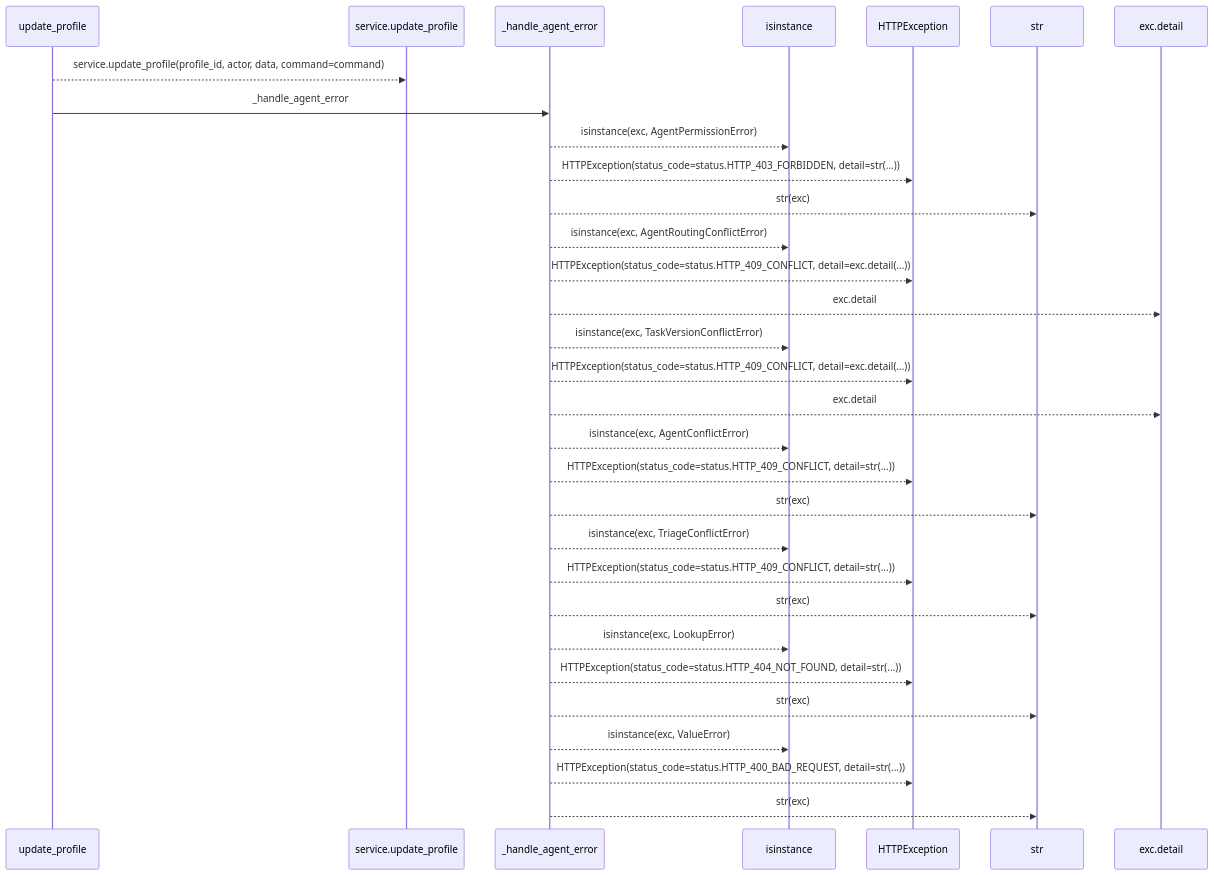
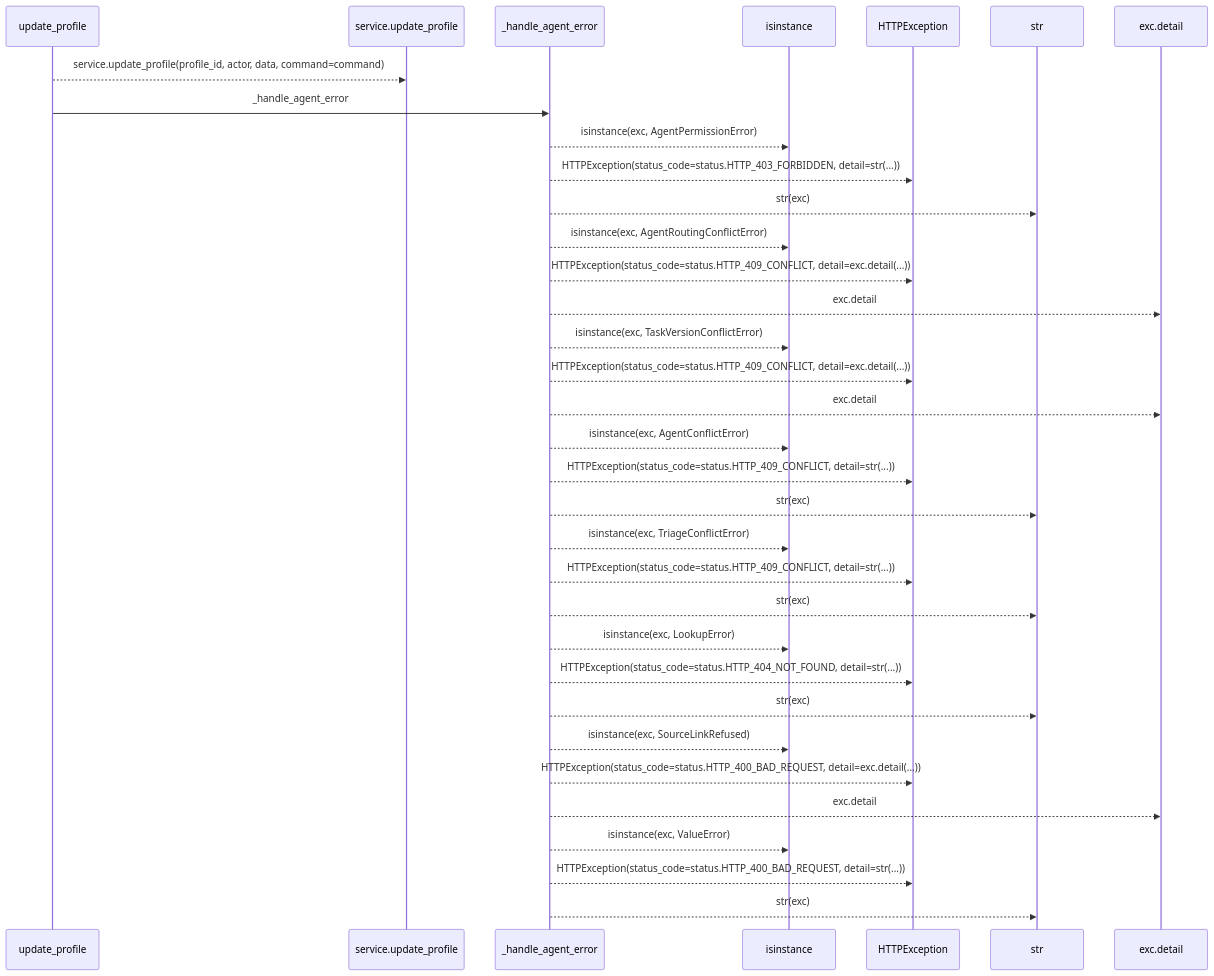
Before and after one commit to Denissvgn/WorkChord: the first of 2 diagrams in docs/llm_wiki/flows/http-update_profile.md, drawn with Mermaid. The commit also changed other lines of this file and 910 other files, not shown here.

Commit message:
Sync the architectural wiki for the intake source link policy

````diff
--- a/docs/llm_wiki/flows/http-update_profile.md
+++ b/docs/llm_wiki/flows/http-update_profile.md
@@ -12,33 +12,36 @@
 ```mermaid
 sequenceDiagram
     participant p0 as update_profile
     participant p1 as service.update_profile
     participant p2 as _handle_agent_error
     participant p3 as isinstance
     participant p4 as HTTPException
     participant p5 as str
     participant p6 as exc.detail
     p0-->>p1: service.update_profile(profile_id, actor, data, command=command)
     p0->>p2: _handle_agent_error
     p2-->>p3: isinstance(exc, AgentPermissionError)
     p2-->>p4: HTTPException(status_code=status.HTTP_403_FORBIDDEN, detail=str(...))
     p2-->>p5: str(exc)
     p2-->>p3: isinstance(exc, AgentRoutingConflictError)
     p2-->>p4: HTTPException(status_code=status.HTTP_409_CONFLICT, detail=exc.detail(...))
     p2-->>p6: exc.detail
     p2-->>p3: isinstance(exc, TaskVersionConflictError)
     p2-->>p4: HTTPException(status_code=status.HTTP_409_CONFLICT, detail=exc.detail(...))
     p2-->>p6: exc.detail
     p2-->>p3: isinstance(exc, AgentConflictError)
     p2-->>p4: HTTPException(status_code=status.HTTP_409_CONFLICT, detail=str(...))
     p2-->>p5: str(exc)
     p2-->>p3: isinstance(exc, TriageConflictError)
     p2-->>p4: HTTPException(status_code=status.HTTP_409_CONFLICT, detail=str(...))
     p2-->>p5: str(exc)
     p2-->>p3: isinstance(exc, LookupError)
     p2-->>p4: HTTPException(status_code=status.HTTP_404_NOT_FOUND, detail=str(...))
     p2-->>p5: str(exc)
+    p2-->>p3: isinstance(exc, SourceLinkRefused)
+    p2-->>p4: HTTPException(status_code=status.HTTP_400_BAD_REQUEST, detail=exc.detail(...))
+    p2-->>p6: exc.detail
     p2-->>p3: isinstance(exc, ValueError)
     p2-->>p4: HTTPException(status_code=status.HTTP_400_BAD_REQUEST, detail=str(...))
     p2-->>p5: str(exc)
 ```
````
